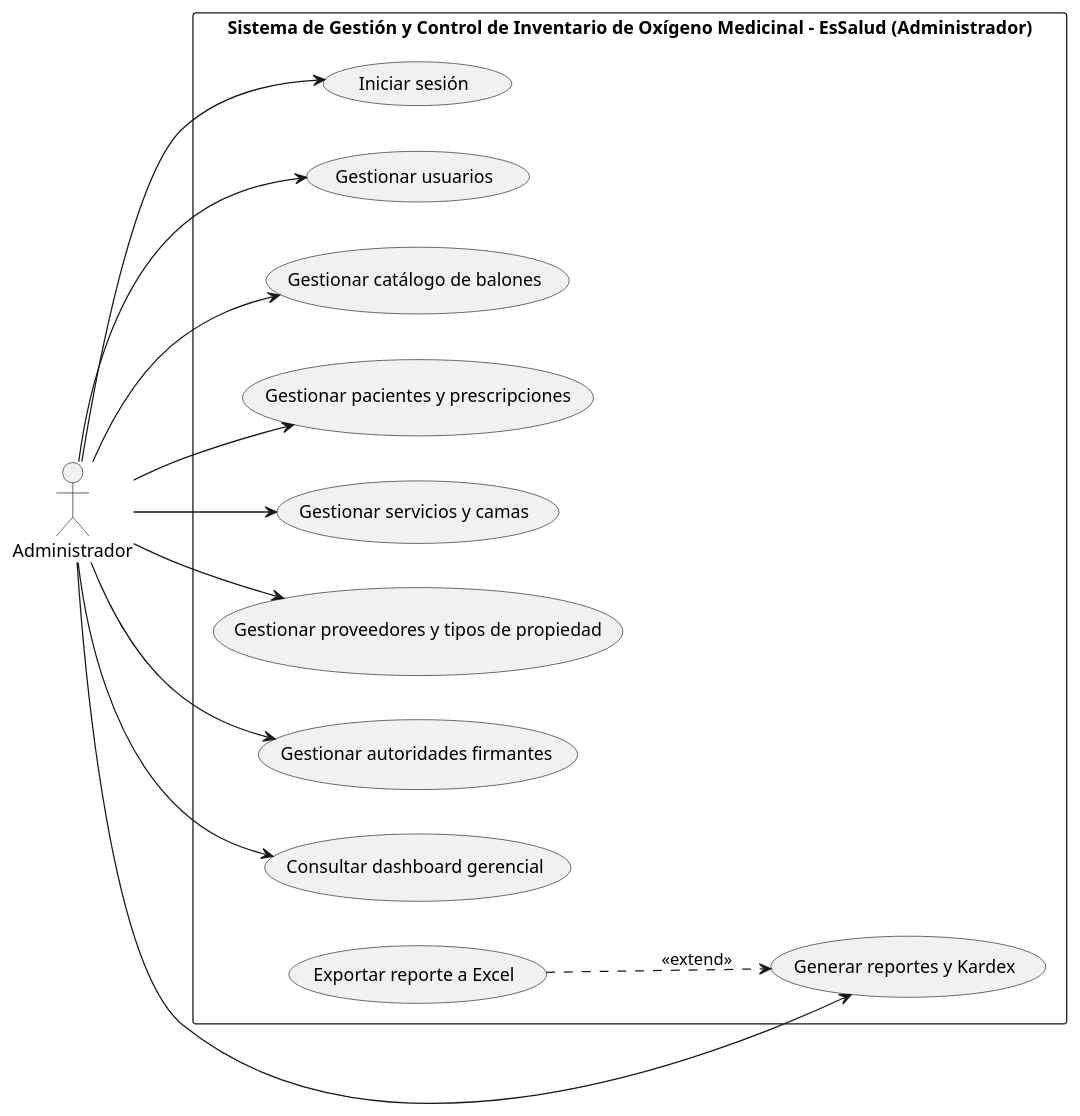
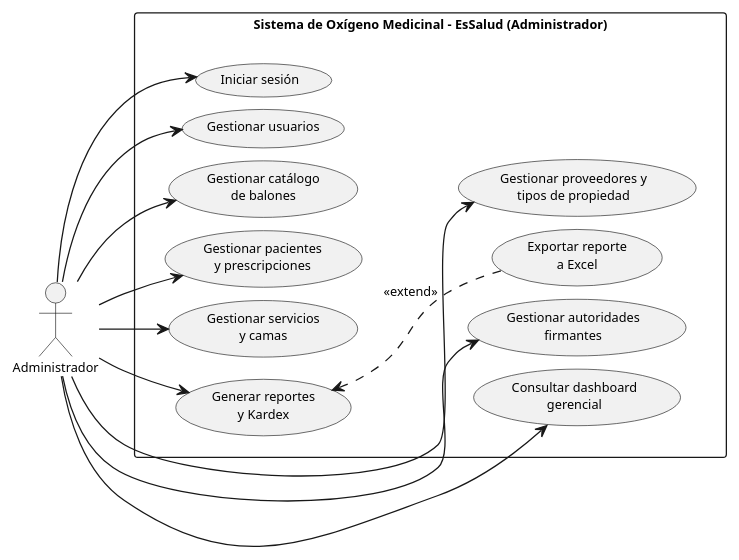
The fifth of 7 diagrams in docs/Documentacion/PLANIFICACION_PROYECTO_3.2.md (MrBombini/Gestion-de-Almacen-Essalud-), drawn with PlantUML before and after one commit. The commit also changed other lines of this file and 2 other files, not shown here.

Commit message:
documentacion, diagramas

````diff
--- a/docs/Documentacion/PLANIFICACION_PROYECTO_3.2.md
+++ b/docs/Documentacion/PLANIFICACION_PROYECTO_3.2.md
@@ -729,35 +757,50 @@
 ```plantuml
 @startuml
 left to right direction
 skinparam packageStyle rectangle
 skinparam defaultFontName Arial
+skinparam defaultFontSize 10
 skinparam shadowing false
+skinparam nodesep 10
+skinparam ranksep 22
+skinparam usecase {
+    Padding 4
+}
+scale max 720 width
 
 actor "Administrador" as Admin
 
-rectangle "Sistema de Gestión y Control de Inventario de Oxígeno Medicinal - EsSalud (Administrador)" {
-    usecase "Iniciar sesión" as CUA01
-    usecase "Gestionar usuarios" as CUA02
-    usecase "Gestionar catálogo de balones" as CUA03
-    usecase "Gestionar pacientes y prescripciones" as CUA04
-    usecase "Gestionar servicios y camas" as CUA05
-    usecase "Gestionar proveedores y tipos de propiedad" as CUA06
-    usecase "Gestionar autoridades firmantes" as CUA07
-    usecase "Consultar dashboard gerencial" as CUA08
-    usecase "Generar reportes y Kardex" as CUA09
-    usecase "Exportar reporte a Excel" as CUA10
+rectangle "Sistema de Oxígeno Medicinal - EsSalud (Administrador)" {
+    together {
+        usecase "Iniciar sesión" as CUA01
+        usecase "Gestionar usuarios" as CUA02
+        usecase "Gestionar catálogo\nde balones" as CUA03
+        usecase "Gestionar pacientes\ny prescripciones" as CUA04
+        usecase "Gestionar servicios\ny camas" as CUA05
+    }
+    together {
+        usecase "Gestionar proveedores y\ntipos de propiedad" as CUA06
+        usecase "Gestionar autoridades\nfirmantes" as CUA07
+        usecase "Consultar dashboard\ngerencial" as CUA08
+        usecase "Generar reportes\ny Kardex" as CUA09
+        usecase "Exportar reporte\na Excel" as CUA10
+    }
 
-    CUA10 ..> CUA09 : <<extend>>
+    CUA01 -[hidden]right-> CUA06
+    CUA02 -[hidden]right-> CUA07
+    CUA03 -[hidden]right-> CUA08
+    CUA04 -[hidden]right-> CUA09
+    CUA10 .up.> CUA09 : <<extend>>
 }
 
 Admin --> CUA01
 Admin --> CUA02
 Admin --> CUA03
 Admin --> CUA04
 Admin --> CUA05
 Admin --> CUA06
 Admin --> CUA07
 Admin --> CUA08
 Admin --> CUA09
 @enduml
 ```
````
